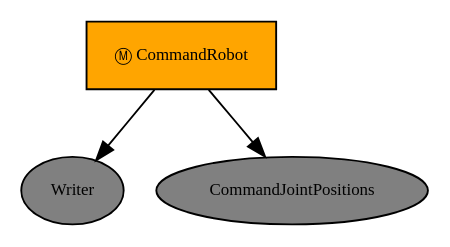
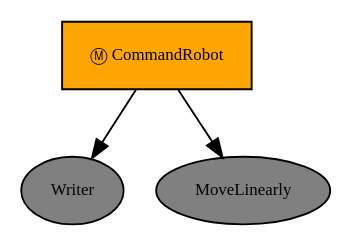
One commit to Jibrangit/robot_in_kitchen changed the diagram in controllers/robot_arm_controller/commandrobot.dot. Above: the diagram before and after it, drawn with Graphviz. The commit also changed 20 other files, not shown here.

```diff
--- a/controllers/robot_arm_controller/commandrobot.dot
+++ b/controllers/robot_arm_controller/commandrobot.dot
@@ -1,11 +1,11 @@
 digraph pastafarianism {
 ordering=out;
 graph [fontname="times-roman"];
 node [fontname="times-roman"];
 edge [fontname="times-roman"];
 CommandRobot [fillcolor=orange, fontcolor=black, fontsize=9, label="Ⓜ CommandRobot", shape=box, style=filled];
 Writer [fillcolor=gray, fontcolor=black, fontsize=9, label=Writer, shape=ellipse, style=filled];
 CommandRobot -> Writer;
-CommandJointPositions [fillcolor=gray, fontcolor=black, fontsize=9, label=CommandJointPositions, shape=ellipse, style=filled];
-CommandRobot -> CommandJointPositions;
+MoveLinearly [fillcolor=gray, fontcolor=black, fontsize=9, label=MoveLinearly, shape=ellipse, style=filled];
+CommandRobot -> MoveLinearly;
 }
```
